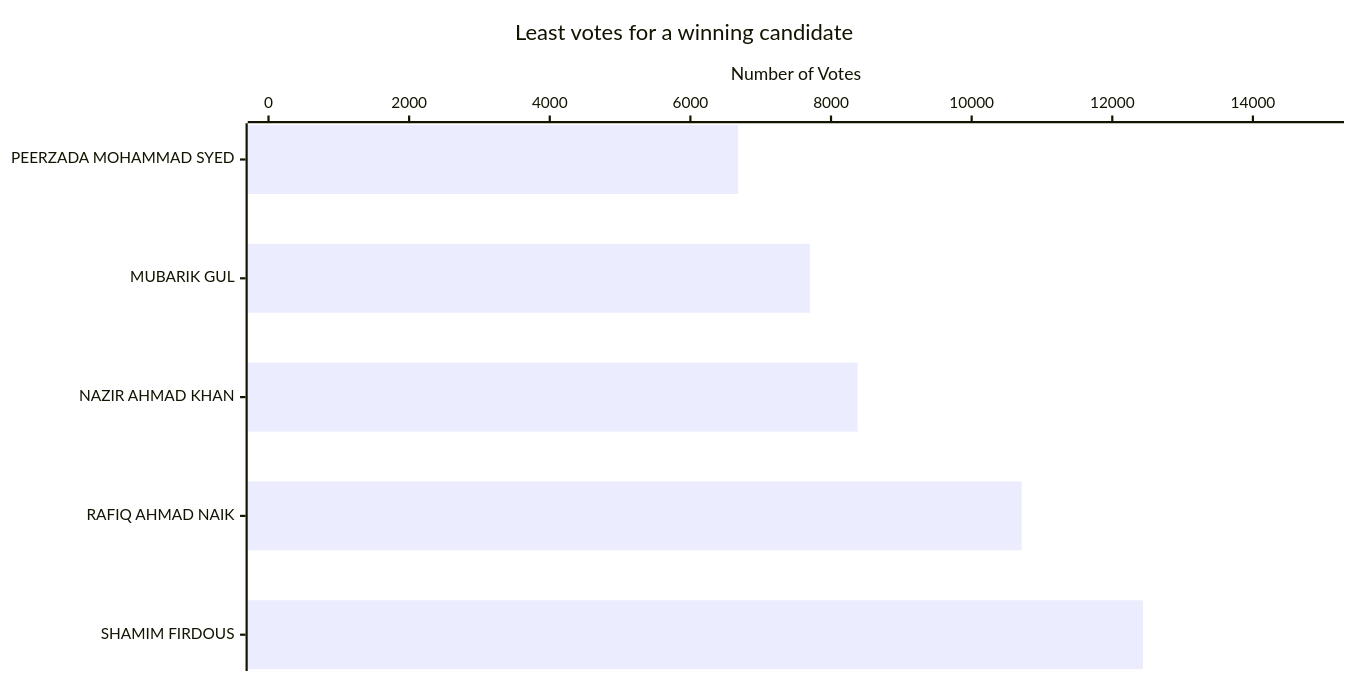
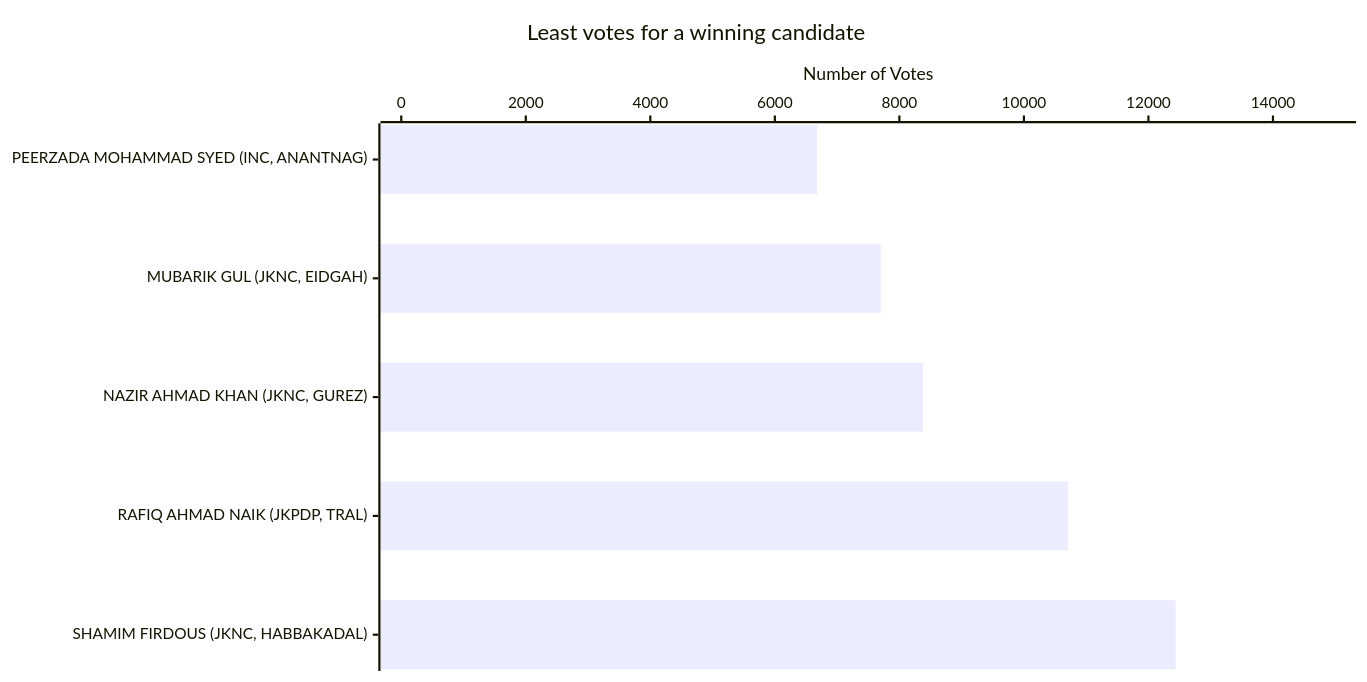
One commit to arjunswaj/elections changed the third of 19 diagrams in J&K-GRAPH.md. Above: the diagram before and after it, drawn with Mermaid. The commit also changed other lines of this file, not shown here.

Commit message:
Update the graph titles

````diff
--- a/J&K-GRAPH.md
+++ b/J&K-GRAPH.md
@@ -85,14 +85,14 @@
 ```mermaid
 ---
 config:
     xyChart:
         width: 1200
         height: 600
         chartOrientation: horizontal
 ---
 xychart-beta
     title "Least votes for a winning candidate"
-    x-axis ["PEERZADA MOHAMMAD SYED", "MUBARIK GUL", "NAZIR AHMAD KHAN", "RAFIQ AHMAD NAIK", "SHAMIM FIRDOUS"]
+    x-axis ["PEERZADA MOHAMMAD SYED (INC, ANANTNAG)", "MUBARIK GUL (JKNC, EIDGAH)", "NAZIR AHMAD KHAN (JKNC, GUREZ)", "RAFIQ AHMAD NAIK (JKPDP, TRAL)", "SHAMIM FIRDOUS (JKNC, HABBAKADAL)"]
     y-axis "Number of Votes" 0 --> 15000
     bar [6679, 7700, 8378, 10710, 12437]
 ```
````
